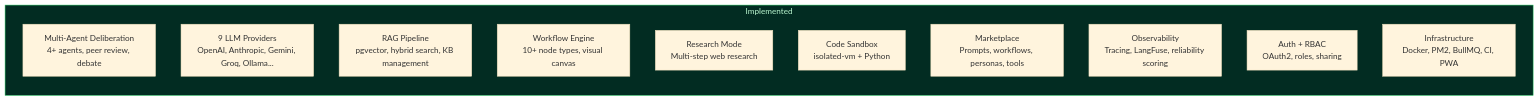
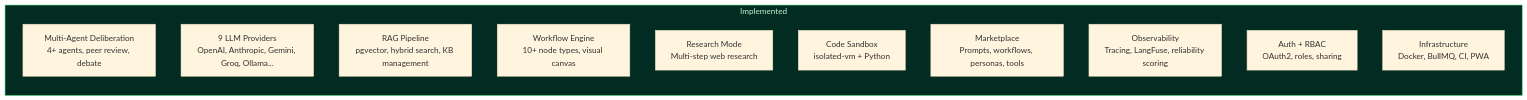
The first of 5 diagrams in ROADMAP.md (Yash-Awasthi/Judica), drawn with Mermaid (base theme) before and after one commit. The commit also changed other lines of this file and 33 other files, not shown here.

````diff
--- a/ROADMAP.md
+++ b/ROADMAP.md
@@ -20,18 +20,18 @@
 ```mermaid
 flowchart LR
     subgraph COMPLETE["Implemented"]
         direction TB
         A["Multi-Agent Deliberation\n4+ agents, peer review, debate"]
         B["9 LLM Providers\nOpenAI, Anthropic, Gemini, Groq, Ollama..."]
         C["RAG Pipeline\npgvector, hybrid search, KB management"]
         D["Workflow Engine\n10+ node types, visual canvas"]
         E["Research Mode\nMulti-step web research"]
         F["Code Sandbox\nisolated-vm + Python"]
         G["Marketplace\nPrompts, workflows, personas, tools"]
         H["Observability\nTracing, LangFuse, reliability scoring"]
         I["Auth + RBAC\nOAuth2, roles, sharing"]
-        J["Infrastructure\nDocker, PM2, BullMQ, CI, PWA"]
+        J["Infrastructure\nDocker, BullMQ, CI, PWA"]
     end
 
     style COMPLETE fill:#022c22,stroke:#22c55e,color:#bbf7d0
 ```
````
